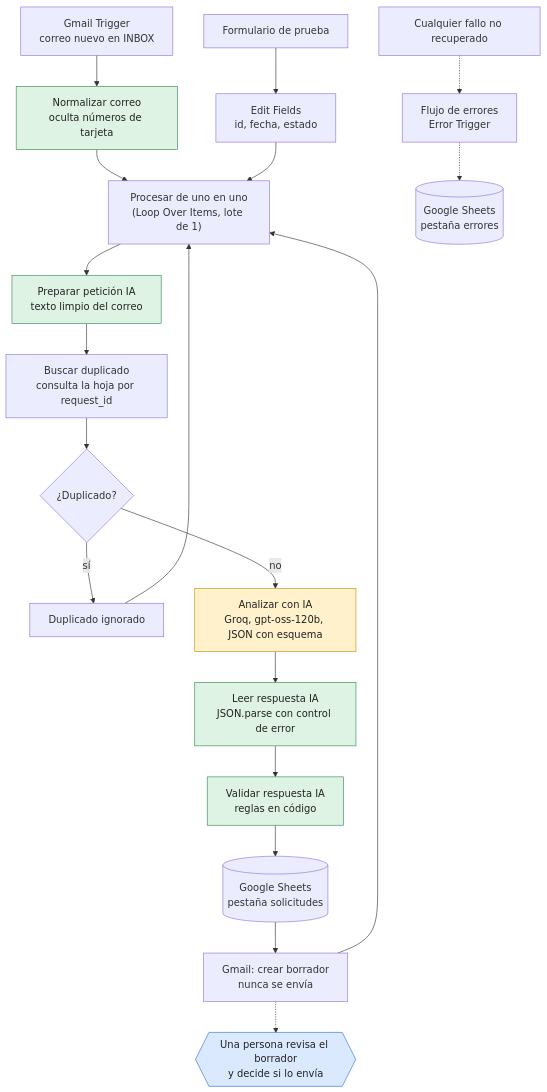
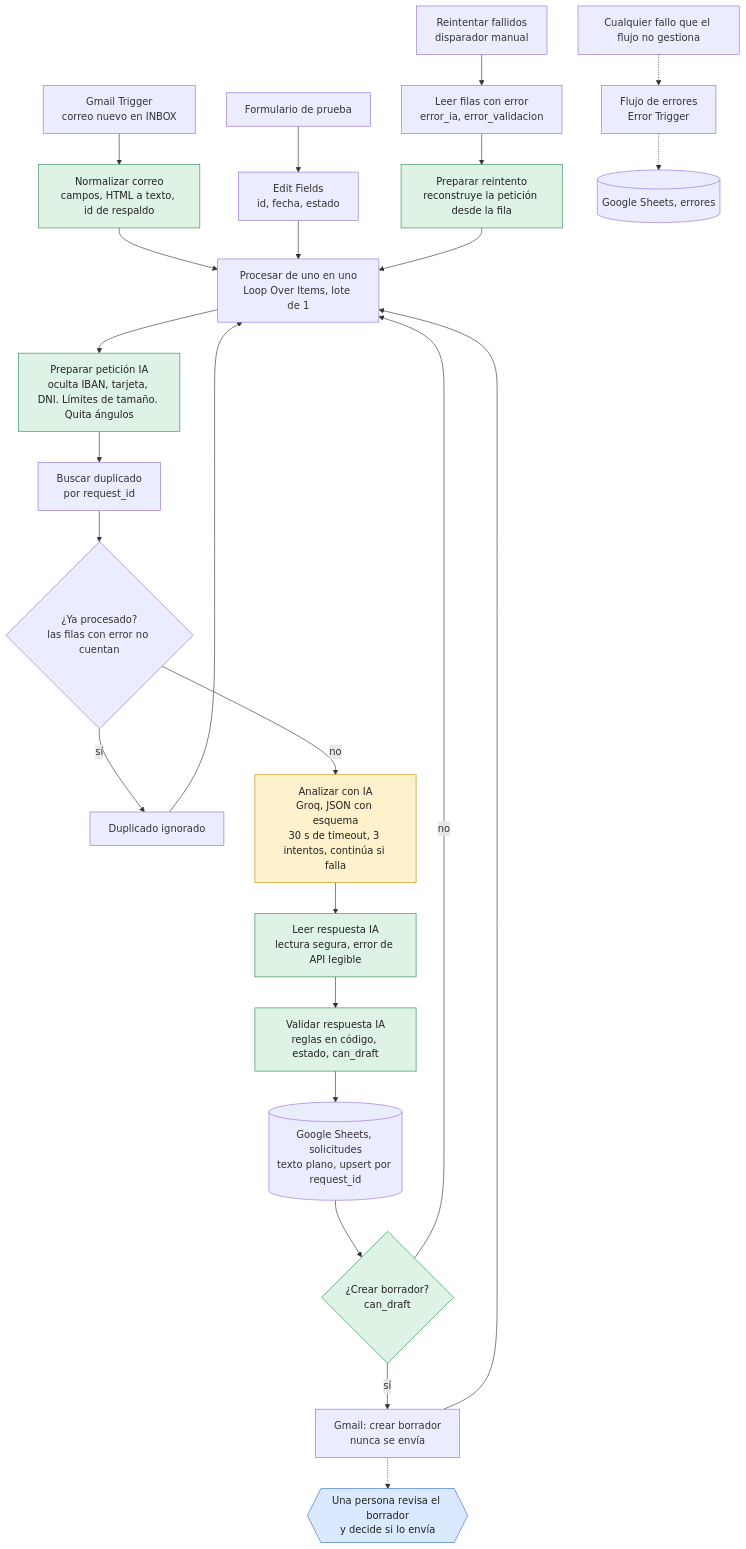
Before and after one commit to lararaul439-ctrl/leadflow-ai: the diagram in docs/arquitectura.md, drawn with Mermaid. The commit also changed other lines of this file and 27 other files, not shown here.

````diff
--- a/docs/arquitectura.md
+++ b/docs/arquitectura.md
@@ -7,29 +7,36 @@
 ```mermaid
 flowchart TB
-    GT["Gmail Trigger<br/>correo nuevo en INBOX"] --> NC["Normalizar correo<br/>oculta números de tarjeta"]
+    GT["Gmail Trigger<br/>correo nuevo en INBOX"] --> NC["Normalizar correo<br/>campos, HTML a texto, id de respaldo"]
     FM["Formulario de prueba"] --> EF["Edit Fields<br/>id, fecha, estado"]
-    NC --> BU["Procesar de uno en uno<br/>(Loop Over Items, lote de 1)"]
+    RT["Reintentar fallidos<br/>disparador manual"] --> RD["Leer filas con error<br/>error_ia, error_validacion"]
+    RD --> PR["Preparar reintento<br/>reconstruye la petición desde la fila"]
+
+    NC --> BU
     EF --> BU
-    BU --> PP["Preparar petición IA<br/>texto limpio del correo"]
-    PP --> BD["Buscar duplicado<br/>consulta la hoja por request_id"]
-    BD --> DUP{"¿Duplicado?"}
+    PR --> BU
+
+    BU["Procesar de uno en uno<br/>Loop Over Items, lote de 1"] --> PP["Preparar petición IA<br/>oculta IBAN, tarjeta, DNI. Límites de tamaño. Quita ángulos"]
+    PP --> BD["Buscar duplicado<br/>por request_id"]
+    BD --> DUP{"¿Ya procesado?<br/>las filas con error no cuentan"}
     DUP -- "sí" --> IG["Duplicado ignorado"]
     IG --> BU
-    DUP -- "no" --> IA["Analizar con IA<br/>Groq, gpt-oss-120b, JSON con esquema"]
-    IA --> LR["Leer respuesta IA<br/>JSON.parse con control de error"]
-    LR --> VR["Validar respuesta IA<br/>reglas en código"]
-    VR --> SH[("Google Sheets<br/>pestaña solicitudes")]
-    SH --> BR["Gmail: crear borrador<br/>nunca se envía"]
+    DUP -- "no" --> IA["Analizar con IA<br/>Groq, JSON con esquema<br/>30 s de timeout, 3 intentos, continúa si falla"]
+    IA --> LR["Leer respuesta IA<br/>lectura segura, error de API legible"]
+    LR --> VR["Validar respuesta IA<br/>reglas en código, estado, can_draft"]
+    VR --> SH[("Google Sheets, solicitudes<br/>texto plano, upsert por request_id")]
+    SH --> GATE{"¿Crear borrador?<br/>can_draft"}
+    GATE -- "sí" --> BR["Gmail: crear borrador<br/>nunca se envía"]
+    GATE -- "no" --> BU
     BR --> BU
     BR -.-> HUM{{"Una persona revisa el borrador<br/>y decide si lo envía"}}
 
-    FALLO["Cualquier fallo no recuperado"] -.-> ER["Flujo de errores<br/>Error Trigger"]
-    ER -.-> SE[("Google Sheets<br/>pestaña errores")]
+    FALLO["Cualquier fallo que el flujo no gestiona"] -.-> ER["Flujo de errores<br/>Error Trigger"]
+    ER -.-> SE[("Google Sheets, errores")]
 
     classDef ia fill:#fff1cc,stroke:#c28f00,color:#222
     classDef codigo fill:#dff3e4,stroke:#2e8b57,color:#222
     classDef humano fill:#dbe9ff,stroke:#2f6fd0,color:#222
     class IA ia
-    class NC,PP,LR,VR codigo
+    class NC,PP,LR,VR,PR,GATE codigo
     class HUM humano
 ```
````
